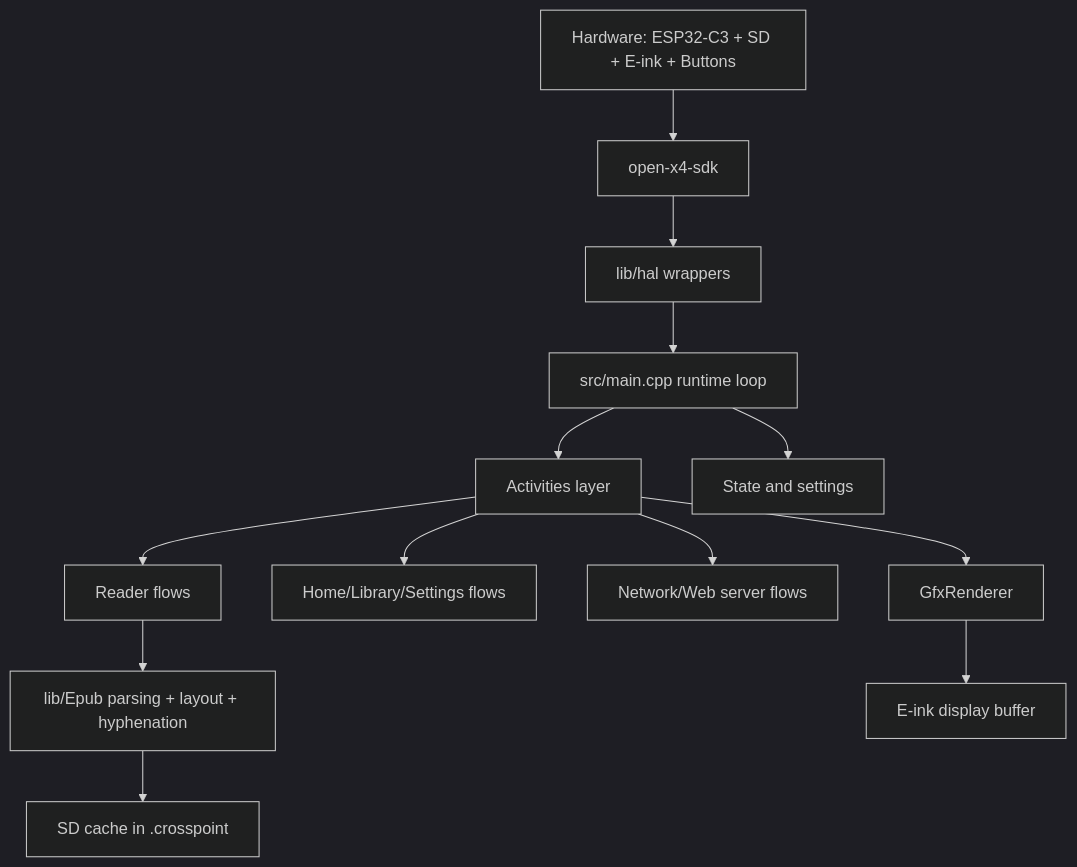
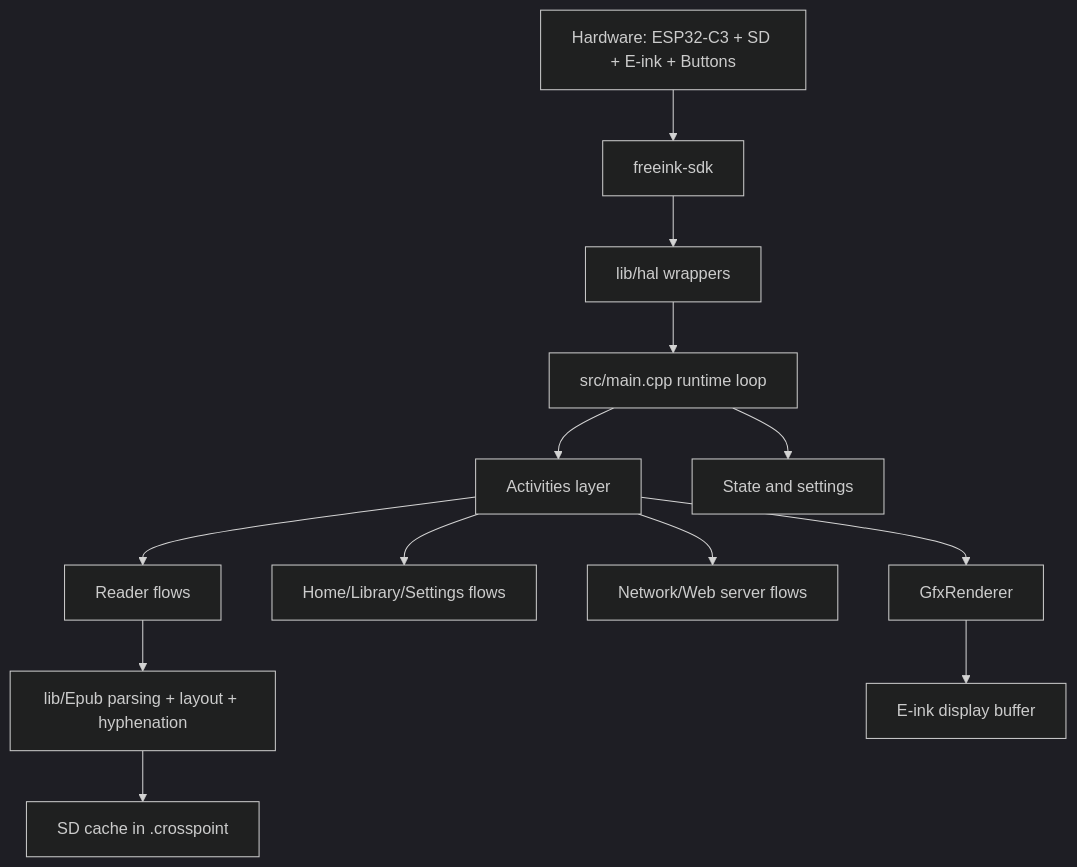
One commit to PIP3/CrossInk-Bookorbit changed the first of 4 diagrams in docs/contributing/architecture.md. Above: the diagram before and after it, drawn with Mermaid (dark theme). The commit also changed other lines of this file and 3 other files, not shown here.

````diff
--- a/docs/contributing/architecture.md
+++ b/docs/contributing/architecture.md
@@ -9,15 +9,15 @@
 ```mermaid
 graph TD
-    A[Hardware: ESP32-C3 + SD + E-ink + Buttons] --> B[open-x4-sdk]
+    A[Hardware: ESP32-C3 + SD + E-ink + Buttons] --> B[freeink-sdk]
     B --> C[lib/hal wrappers]
     C --> D[src/main.cpp runtime loop]
     D --> E[Activities layer]
     D --> F[State and settings]
     E --> G[Reader flows]
     E --> H[Home/Library/Settings flows]
     E --> I[Network/Web server flows]
     G --> J[lib/Epub parsing + layout + hyphenation]
     J --> K[SD cache in .crosspoint]
     E --> L[GfxRenderer]
     L --> M[E-ink display buffer]
 ```
````
